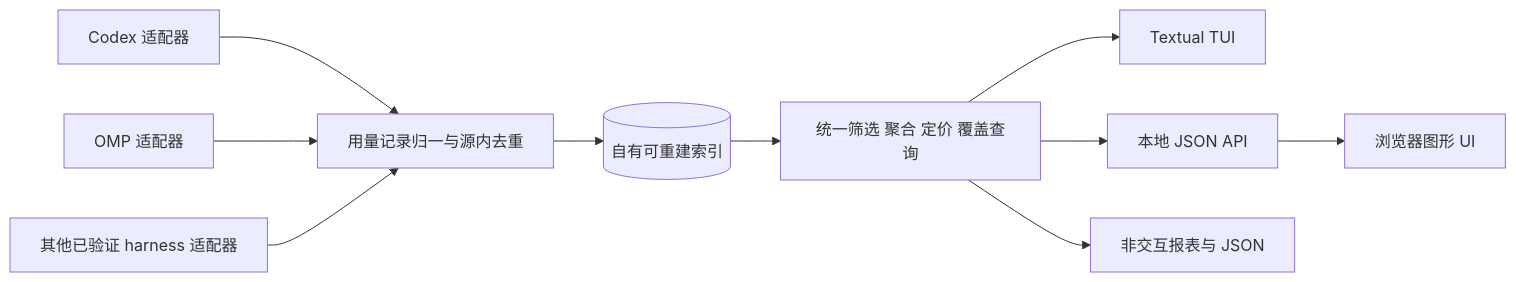
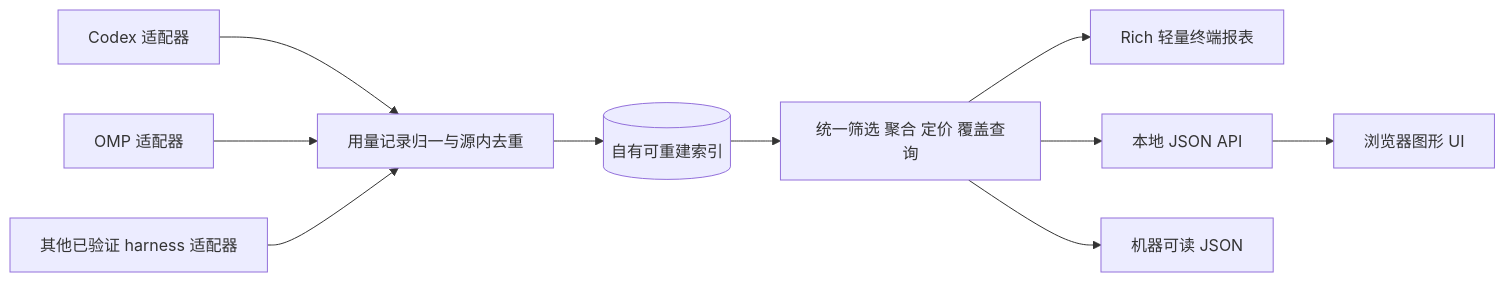
The diagram in docs/research/2026-09-27-harness-usage-proposal.md (stofancy/codex-usage), drawn with Mermaid before and after one commit. The commit also changed other lines of this file and 5 other files, not shown here.

Commit message:
文档：实测 CodeBurn 非绘图能力并改为轻量终端方案

````diff
--- a/docs/research/2026-09-27-harness-usage-proposal.md
+++ b/docs/research/2026-09-27-harness-usage-proposal.md
@@ -73,12 +75,12 @@
 ```mermaid
 flowchart LR
     C[Codex 适配器] --> N[用量记录归一与源内去重]
     O[OMP 适配器] --> N
     H[其他已验证 harness 适配器] --> N
     N --> I[(自有可重建索引)]
     I --> Q[统一筛选 聚合 定价 覆盖查询]
-    Q --> T[Textual TUI]
+    Q --> T[Rich 轻量终端报表]
     Q --> A[本地 JSON API]
     A --> W[浏览器图形 UI]
-    Q --> R[非交互报表与 JSON]
+    Q --> R[机器可读 JSON]
 ```
````
